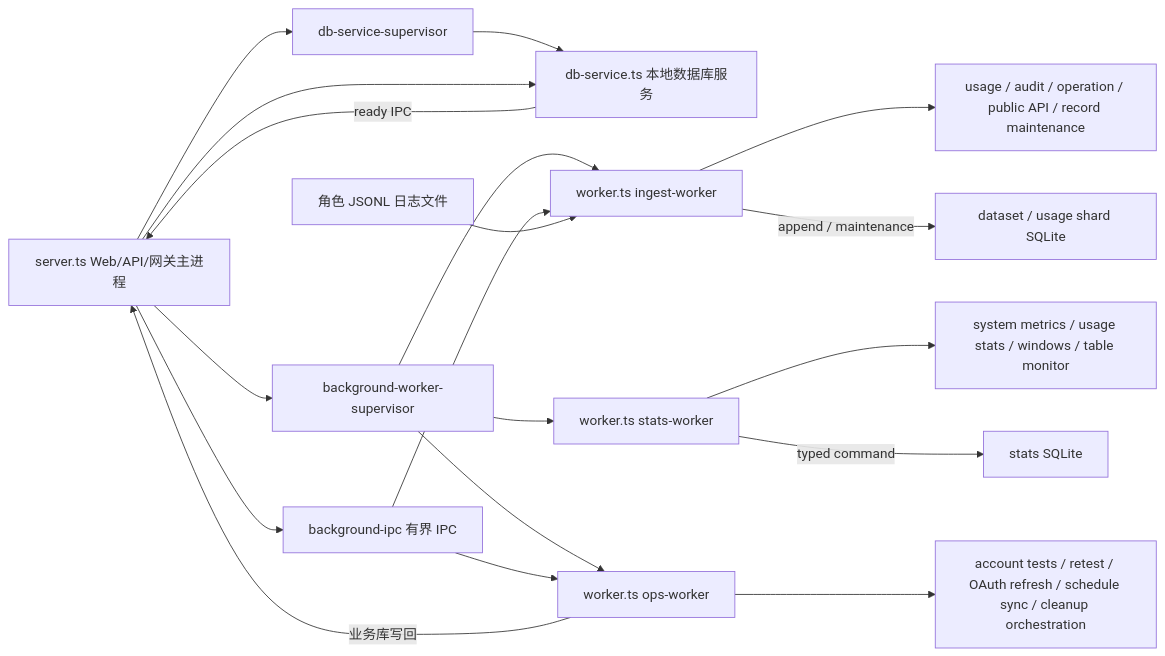
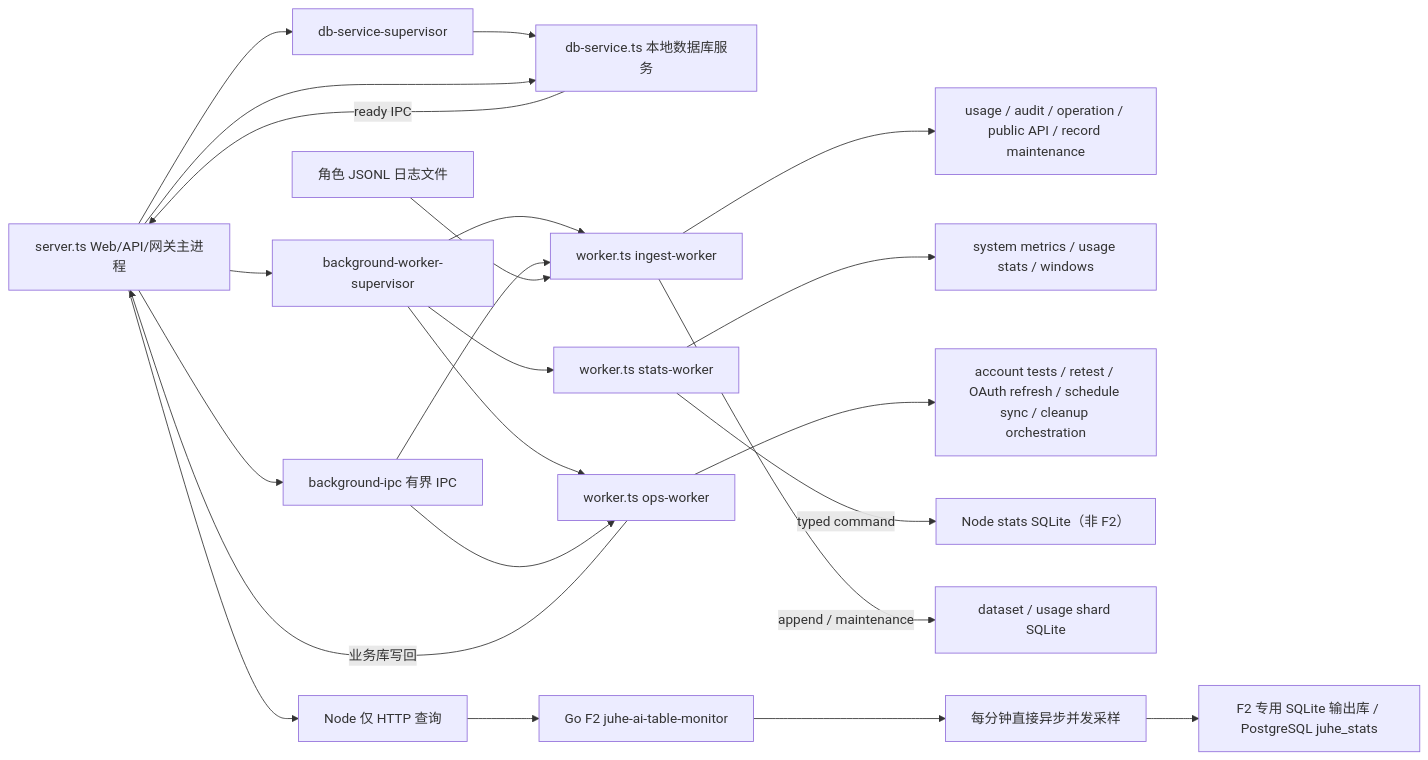
The diagram in docs/architecture/backend/后台任务使用说明.md (huanmin123/juhe-ai), drawn with Mermaid before and after one commit. The commit also changed other lines of this file and 1 other file, not shown here.

Commit message:
docs(table-monitor): clarify Go ownership

````diff
--- a/docs/architecture/backend/后台任务使用说明.md
+++ b/docs/architecture/backend/后台任务使用说明.md
@@ -20,21 +21,25 @@
 ```mermaid
 flowchart LR
   Server["server.ts Web/API/网关主进程"] --> DbSupervisor["db-service-supervisor"]
   DbSupervisor --> DbService["db-service.ts 本地数据库服务"]
   DbService -- "ready IPC" --> Server
   Server --> Supervisor["background-worker-supervisor"]
   Supervisor --> Ingest["worker.ts ingest-worker"]
   Supervisor --> Stats["worker.ts stats-worker"]
   Supervisor --> Ops["worker.ts ops-worker"]
   Server --> IPC["background-ipc 有界 IPC"]
   IPC --> Ingest
   IPC --> Ops
   Ingest --> IngestQueues["usage / audit / operation / public API / record maintenance"]
   LogFiles["角色 JSONL 日志文件"] --> Ingest
-  Stats --> StatsJobs["system metrics / usage stats / windows / table monitor"]
+  Stats --> StatsJobs["system metrics / usage stats / windows"]
   Ops --> OpsJobs["account tests / retest / OAuth refresh / schedule sync / cleanup orchestration"]
-  Stats -- "typed command" --> StatsSQLite["stats SQLite"]
+  Stats -- "typed command" --> StatsSQLite["Node stats SQLite（非 F2）"]
   Ingest -- "append / maintenance" --> DatasetSQLite["dataset / usage shard SQLite"]
   Ops -- "业务库写回" --> Server
   Server --> DbService
+  Server --> F2Read["Node 仅 HTTP 查询"]
+  F2Read --> GoF2["Go F2 juhe-ai-table-monitor"]
+  GoF2 --> F2Sample["每分钟直接异步并发采样"]
+  F2Sample --> F2Store["F2 专用 SQLite 输出库 / PostgreSQL juhe_stats"]
 ```
````
